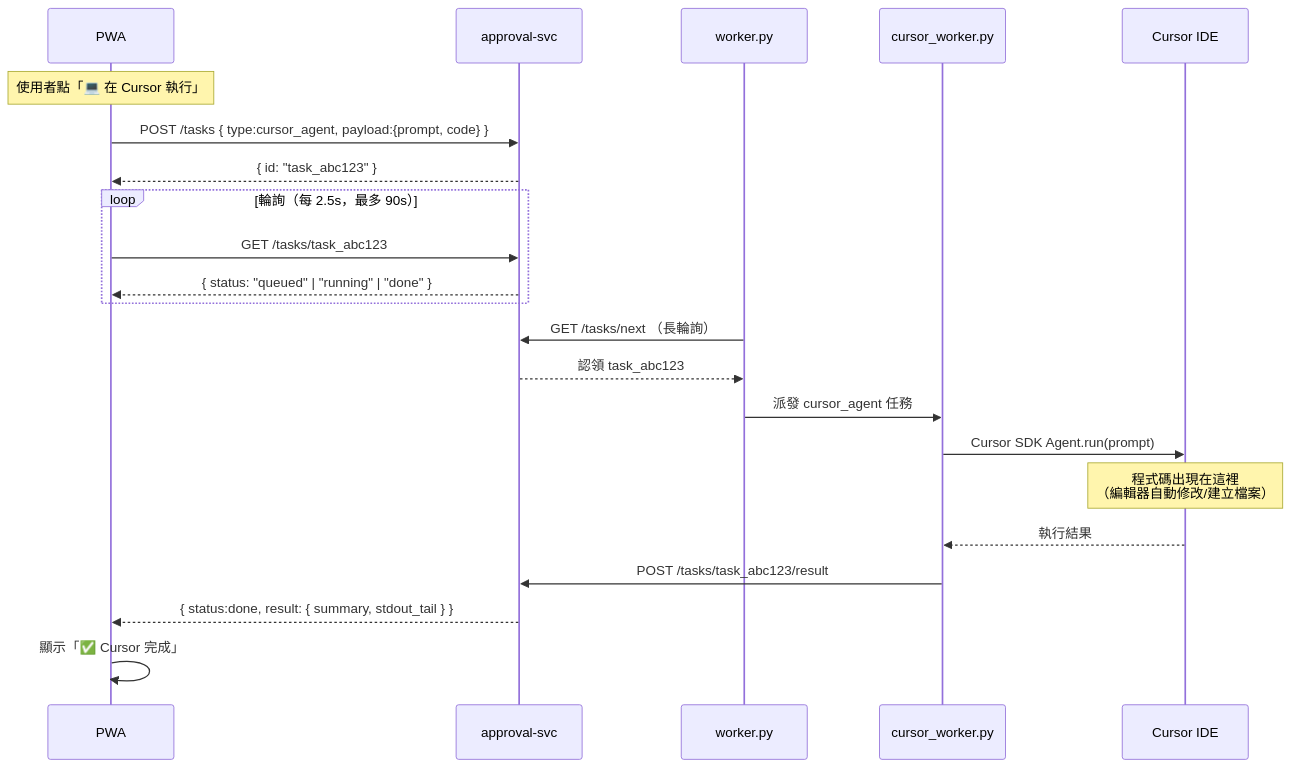
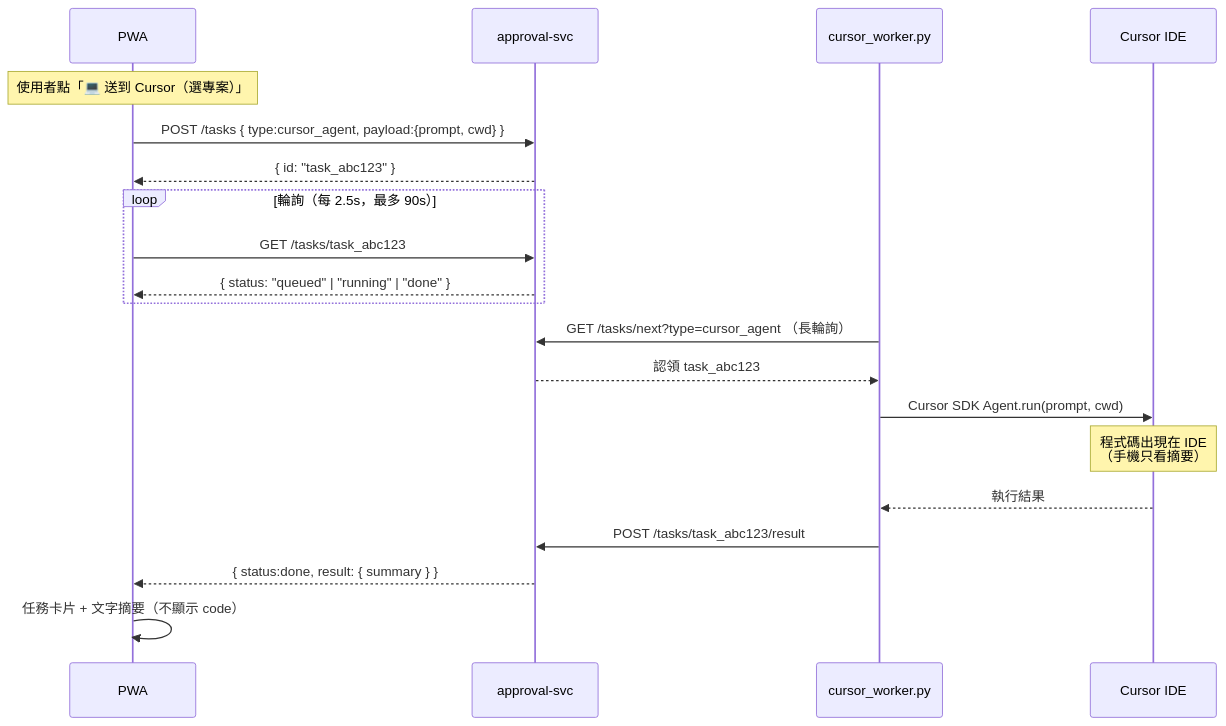
Before and after one commit to DreamOne09/oneai: the third of 3 diagrams in docs/01-architecture.md, drawn with Mermaid. The commit also changed other lines of this file and 35 other files, not shown here.

````diff
--- a/docs/01-architecture.md
+++ b/docs/01-architecture.md
@@ -116,27 +116,25 @@
 ```mermaid
 sequenceDiagram
     participant P as PWA
     participant A as approval-svc
-    participant W as worker.py
     participant CW as cursor_worker.py
     participant C as Cursor IDE
 
-    Note over P: 使用者點「💻 在 Cursor 執行」
-    P->>A: POST /tasks { type:cursor_agent, payload:{prompt, code} }
+    Note over P: 使用者點「💻 送到 Cursor（選專案）」
+    P->>A: POST /tasks { type:cursor_agent, payload:{prompt, cwd} }
     A-->>P: { id: "task_abc123" }
 
     loop 輪詢（每 2.5s，最多 90s）
         P->>A: GET /tasks/task_abc123
         A-->>P: { status: "queued" | "running" | "done" }
     end
 
-    W->>A: GET /tasks/next （長輪詢）
-    A-->>W: 認領 task_abc123
-    W->>CW: 派發 cursor_agent 任務
-    CW->>C: Cursor SDK Agent.run(prompt)
-    Note over C: 程式碼出現在這裡<br/>（編輯器自動修改/建立檔案）
+    CW->>A: GET /tasks/next?type=cursor_agent （長輪詢）
+    A-->>CW: 認領 task_abc123
+    CW->>C: Cursor SDK Agent.run(prompt, cwd)
+    Note over C: 程式碼出現在 IDE<br/>（手機只看摘要）
     C-->>CW: 執行結果
     CW->>A: POST /tasks/task_abc123/result
-    A-->>P: { status:done, result: { summary, stdout_tail } }
-    P->>P: 顯示「✅ Cursor 完成」
+    A-->>P: { status:done, result: { summary } }
+    P->>P: 任務卡片 + 文字摘要（不顯示 code）
 ```
````
